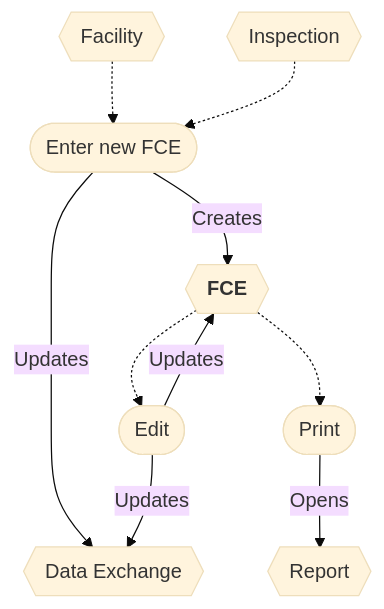
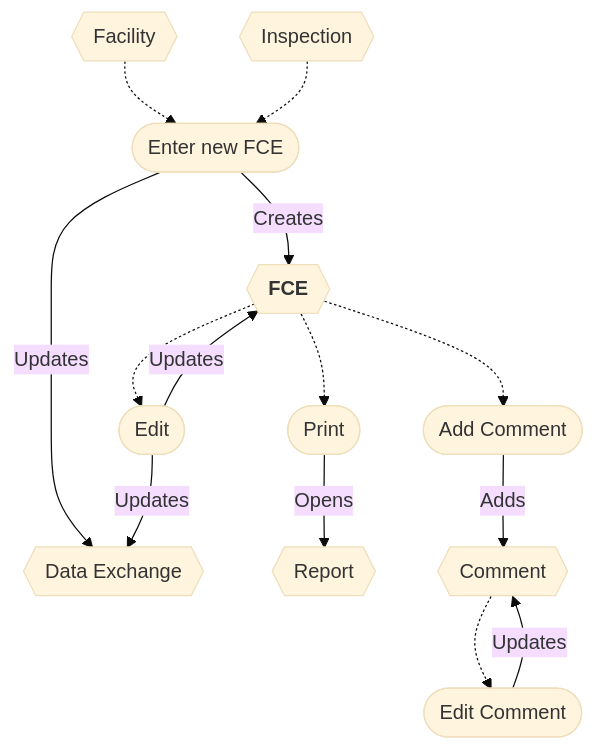
The first of 2 diagrams in docs/Workflows/FCE-workflow.md (gaepdit/air-web), drawn with Mermaid (base theme) before and after one commit. The commit also changed other lines of this file and 7 other files, not shown here.

````diff
--- a/docs/Workflows/FCE-workflow.md
+++ b/docs/Workflows/FCE-workflow.md
@@ -9,23 +13,31 @@
 ```mermaid
 flowchart
     FAC{{Facility}}
     INS{{Inspection}}
     FCE{{"`**FCE**`"}}
     DX{{Data Exchange}}
     RPT{{Report}}
+    CMT{{Comment}}
 
     enter([Enter new FCE])
     edit([Edit])
     print([Print])
+    comment([Add Comment])
+    editComment([Edit Comment])
 
     FAC -.-> enter
     INS -.-> enter
     FCE -.-> edit
     FCE -.-> print
+    FCE -.-> comment
+    CMT -.-> editComment
 
     enter -->|Creates| FCE
     edit -->|Updates| FCE
     print -->|Opens| RPT
     enter -->|Updates| DX
     edit -->|Updates| DX
+    comment -->|Adds| CMT
+    editComment -->|Updates| CMT
+    
 ```
````
